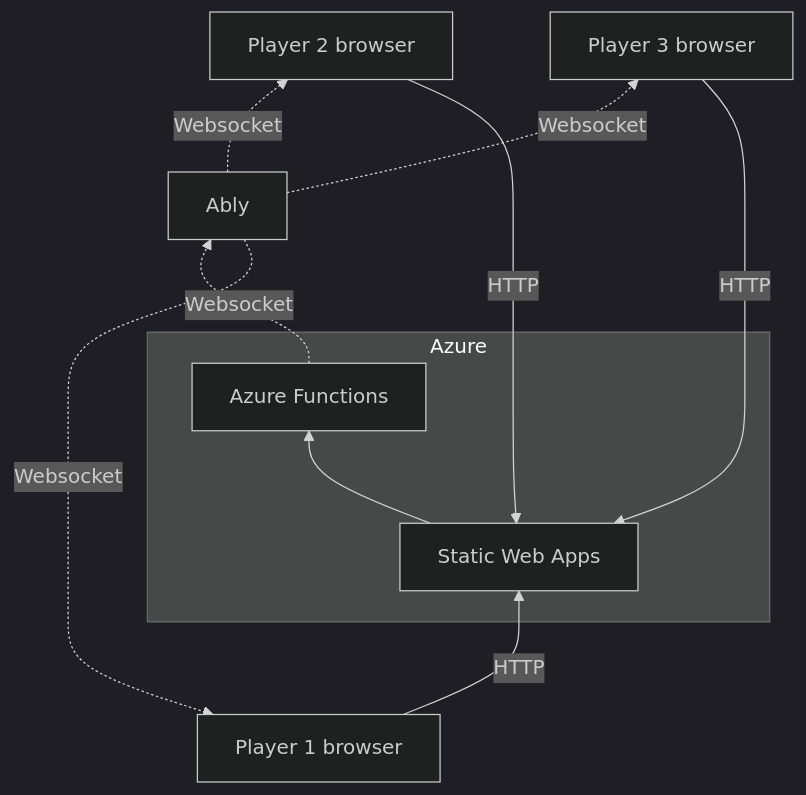
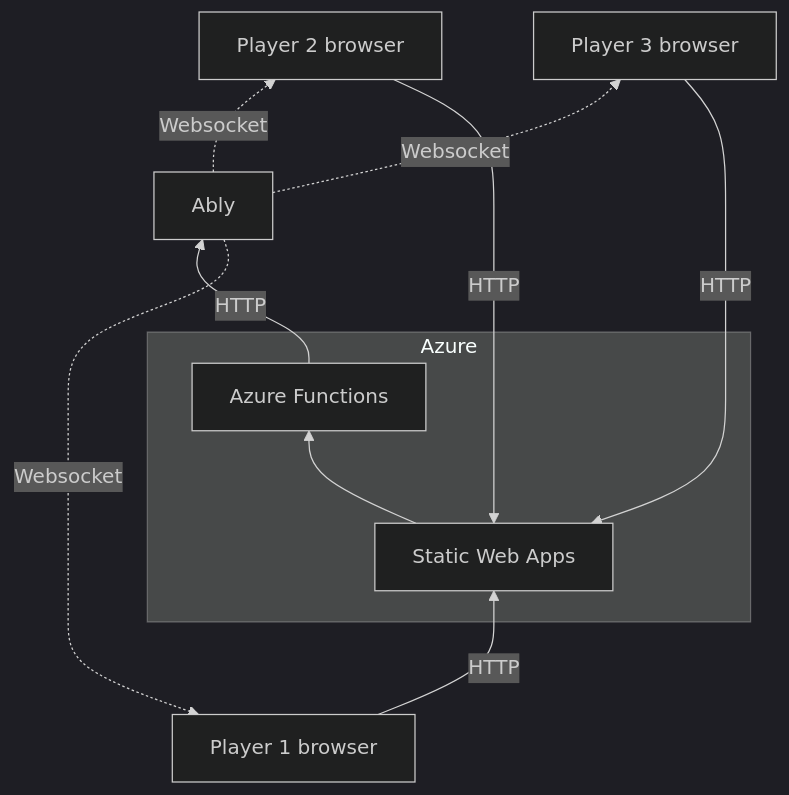
Before and after one commit to ably-labs/serverless-websockets-quest: the diagram in README.md, drawn with Mermaid (dark theme). The commit also changed 12 other files, not shown here.

````diff
--- a/README.md
+++ b/README.md
@@ -11,12 +11,12 @@
 ```mermaid
 flowchart BT
   P1[Player 1 browser] & P2[Player 2 browser] & P3[Player 3 browser]
   subgraph Azure
     SWA[Static Web Apps]
     AF[Azure Functions]
   end
   AblyApp[Ably]
   P1 & P2 & P3 -- HTTP --> SWA --> AF
-  AF -. Websocket .-> AblyApp[Ably]
+  AF -- HTTP --> AblyApp[Ably]
   AblyApp -. Websocket .-> P1 & P2 & P3
 ```
````
